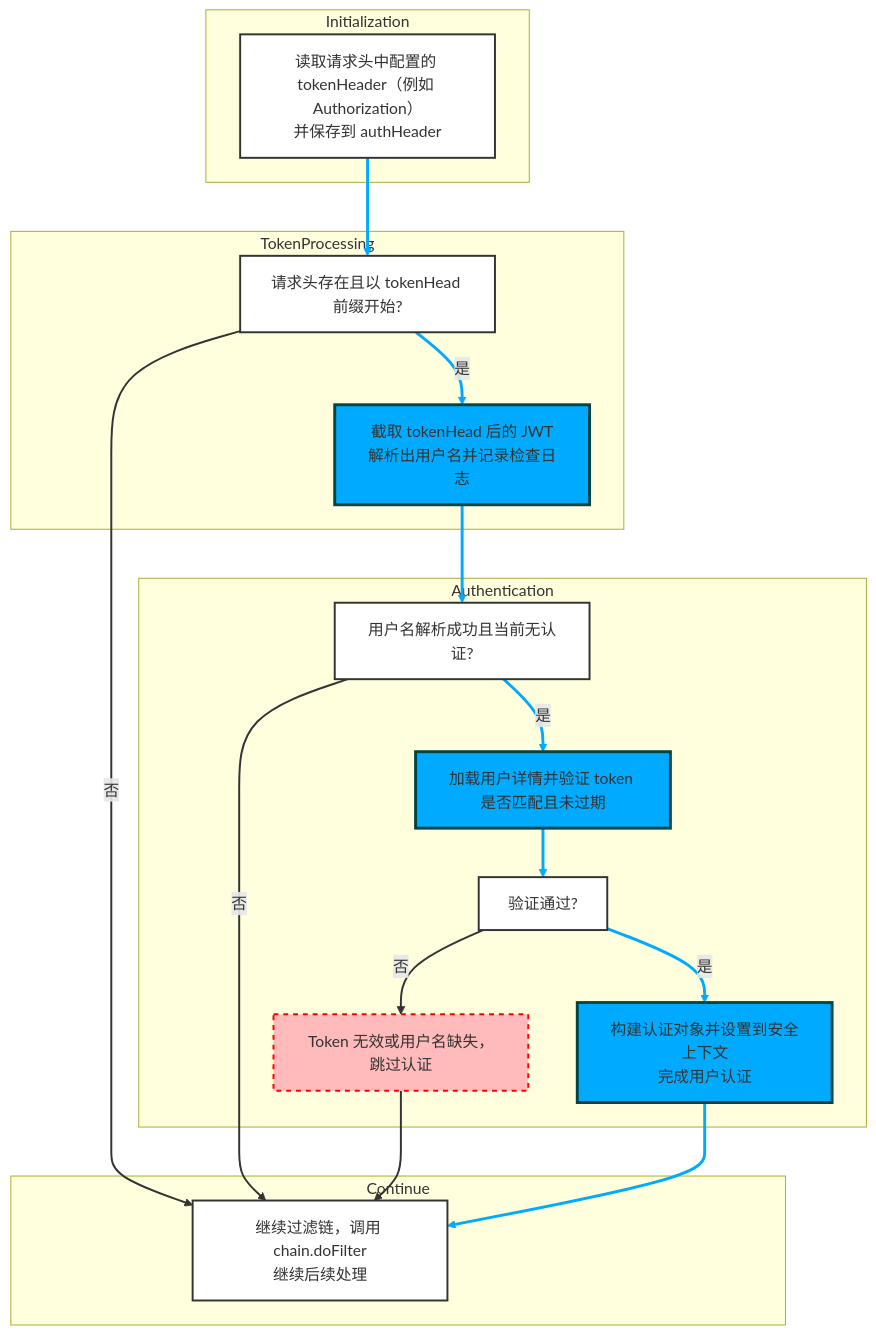
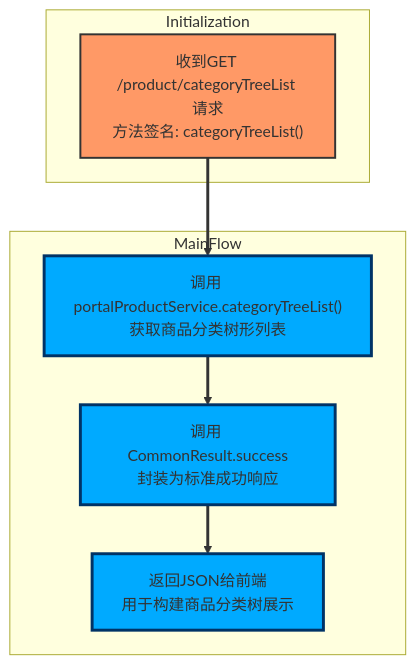
Before and after one commit to gyyggyg/java_wiki: the diagram in graph/cfg_mermaid.md, drawn with Mermaid. The commit also changed other lines of this file and 44 other files, not shown here.

````diff
--- a/graph/cfg_mermaid.md
+++ b/graph/cfg_mermaid.md
@@ -1,70 +1,26 @@
 ```mermaid
 flowchart TB
     direction TB
     subgraph Initialization
-        A1["读取请求头中配置的 tokenHeader（例如 Authorization）\n并保存到 authHeader"]
-        style A1 fill:#fff,stroke:#333,stroke-width:2px
+        A1["收到GET /product/categoryTreeList 请求
+方法签名: categoryTreeList()"]
     end
-
-    subgraph TokenProcessing
-        D1["请求头存在且以 tokenHead 前缀开始?"]
-        style D1 fill:#fff,stroke:#333,stroke-width:2px,shape:diamond
-
-        A2["截取 tokenHead 后的 JWT\n解析出用户名并记录检查日志"]
-        style A2 fill:#0af,stroke:#044,stroke-width:3px
+    subgraph MainFlow
+        B1["调用 portalProductService.categoryTreeList()
+获取商品分类树形列表"]
+        B2["调用 CommonResult.success
+封装为标准成功响应"]
+        B3["返回JSON给前端
+用于构建商品分类树展示"]
     end
-
-    subgraph Authentication
-        D2["用户名解析成功且当前无认证?"]
-        style D2 fill:#fff,stroke:#333,stroke-width:2px,shape:diamond
-
-        A3["加载用户详情并验证 token 是否匹配且未过期"]
-        style A3 fill:#0af,stroke:#044,stroke-width:3px
-
-        D3["验证通过?"]
-        style D3 fill:#fff,stroke:#333,stroke-width:2px,shape:diamond
-
-        A4["构建认证对象并设置到安全上下文\n完成用户认证"]
-        style A4 fill:#0af,stroke:#044,stroke-width:3px
-
-        E1["Token 无效或用户名缺失，跳过认证"]
-        style E1 fill:#fbb,stroke:#f00,stroke-width:2px,stroke-dasharray:5 5
-    end
-
-    subgraph Continue
-        A5["继续过滤链，调用 chain.doFilter\n继续后续处理"]
-        style A5 fill:#fff,stroke:#333,stroke-width:2px
-    end
-
-    %% 流向定义
-    A1 --> D1
-    D1 -- 是 --> A2
-    D1 -- 否 --> A5
-
-    A2 --> D2
-    D2 -- 是 --> A3
-    D2 -- 否 --> A5
-
-    A3 --> D3
-    D3 -- 是 --> A4
-    D3 -- 否 --> E1
-
-    E1 --> A5
-    A4 --> A5
-
-    %% 链路样式：关键路径加粗为 3px（主要成功认证流）
-    linkStyle 0 stroke:#0af,stroke-width:3px
-    linkStyle 1 stroke:#0af,stroke-width:3px
-    linkStyle 3 stroke:#0af,stroke-width:3px
-    linkStyle 4 stroke:#0af,stroke-width:3px
-    linkStyle 6 stroke:#0af,stroke-width:3px
-    linkStyle 7 stroke:#0af,stroke-width:3px
-    linkStyle 10 stroke:#0af,stroke-width:3px
-
-    %% 其余路径为默认粗细
-    linkStyle 2 stroke:#333,stroke-width:2px
-    linkStyle 5 stroke:#333,stroke-width:2px
-    linkStyle 8 stroke:#333,stroke-width:2px
-    linkStyle 9 stroke:#333,stroke-width:2px
-
+    A1 --> B1
+    B1 --> B2
+    B2 --> B3
+    style A1 fill:#f96,stroke:#333,stroke-width:2px
+    style B1 fill:#0af,stroke:#003366,stroke-width:3px
+    style B2 fill:#0af,stroke:#003366,stroke-width:3px
+    style B3 fill:#0af,stroke:#003366,stroke-width:3px
+    linkStyle 0 stroke-width:3px
+    linkStyle 1 stroke-width:3px
+    linkStyle 2 stroke-width:3px
 ```
````
